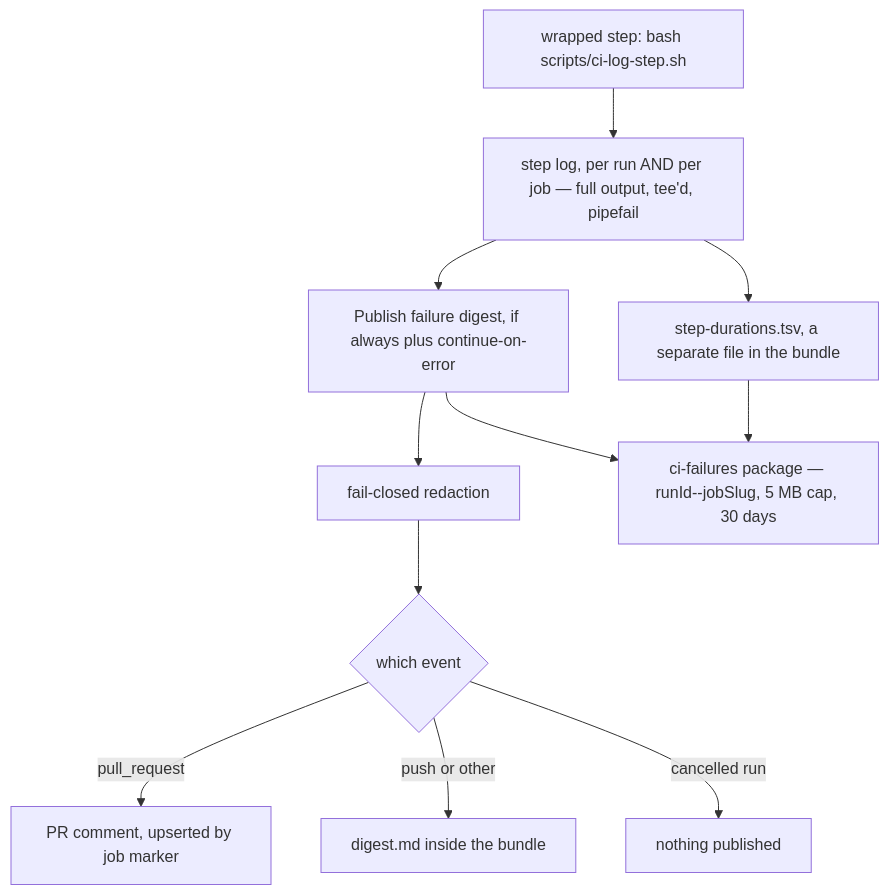
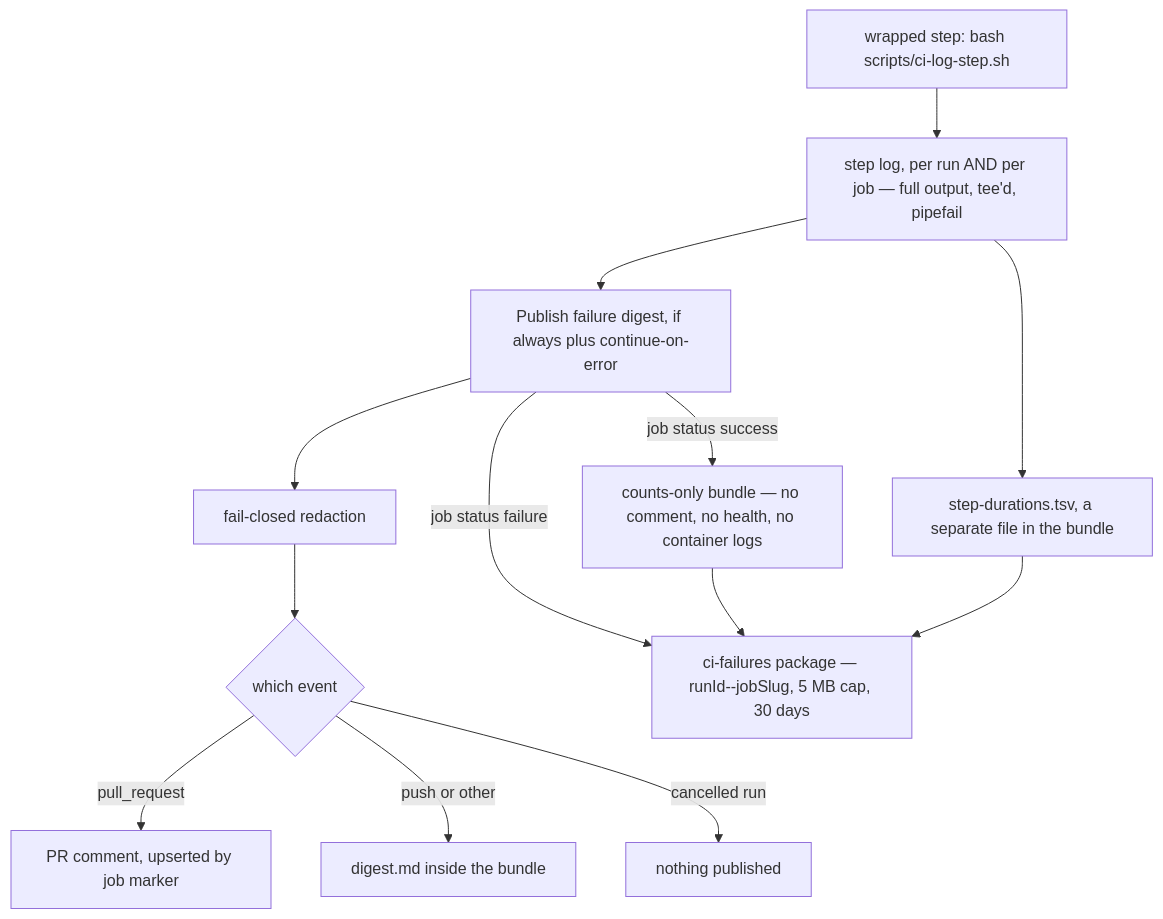
Before and after one commit to jumbleknot/MovieCollectionManager: the diagram in openwiki/runbooks/ci-evidence-pipeline.md, drawn with Mermaid. The commit also changed other lines of this file and 13 other files, not shown here.

````diff
--- a/openwiki/runbooks/ci-evidence-pipeline.md
+++ b/openwiki/runbooks/ci-evidence-pipeline.md
@@ -65,13 +67,15 @@
 ```mermaid
 flowchart TD
   W["wrapped step: bash scripts/ci-log-step.sh"] --> LOG["step log, per run AND per job — full output, tee'd, pipefail"]
   LOG --> DIG["Publish failure digest, if always plus continue-on-error"]
   DIG --> RED["fail-closed redaction"]
   RED --> CH{"which event"}
   CH -->|"pull_request"| PR["PR comment, upserted by job marker"]
   CH -->|"push or other"| BUN["digest.md inside the bundle"]
   CH -->|"cancelled run"| NON["nothing published"]
-  DIG --> B["ci-failures package — runId--jobSlug, 5 MB cap, 30 days"]
+  DIG -->|"job status failure"| B["ci-failures package — runId--jobSlug, 5 MB cap, 30 days"]
+  DIG -->|"job status success"| CNT["counts-only bundle — no comment, no health, no container logs"]
+  CNT --> B
   LOG --> DUR["step-durations.tsv, a separate file in the bundle"]
   DUR --> B
 ```
````
